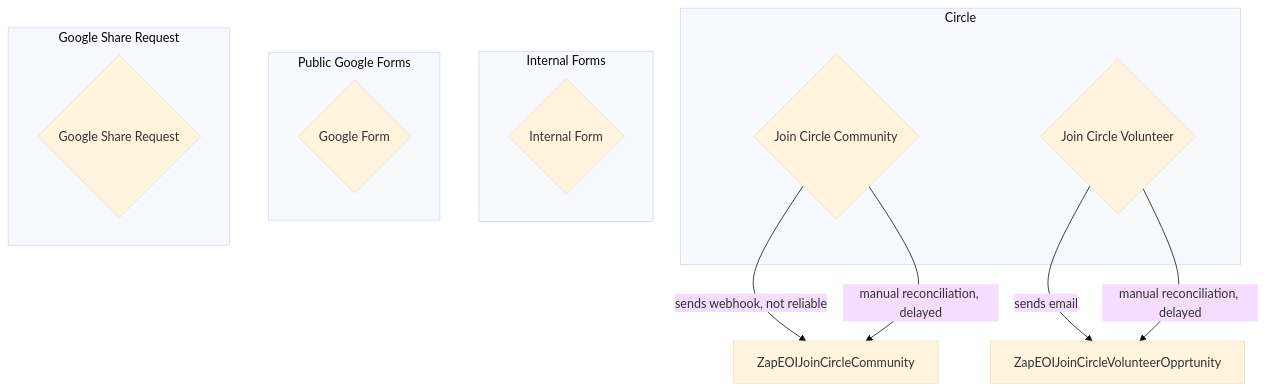
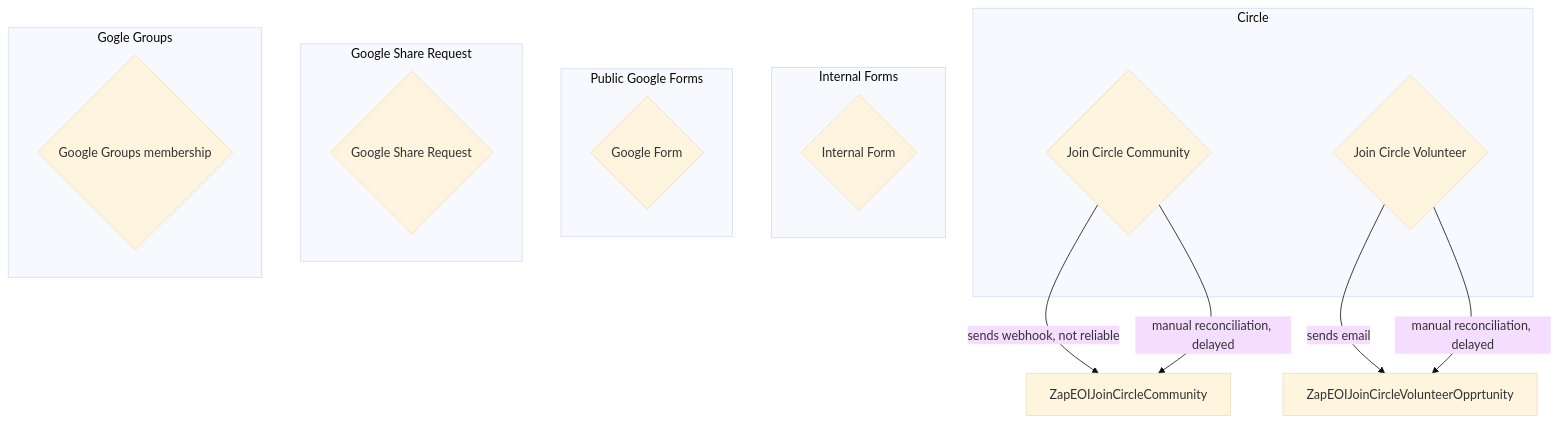
One commit to CloudSecurityAlliance/CSA-IT-Operations changed the diagram in projects/WG-automation/WG-automation-3.md. Above: the diagram before and after it, drawn with Mermaid (base theme).

````diff
--- a/projects/WG-automation/WG-automation-3.md
+++ b/projects/WG-automation/WG-automation-3.md
@@ -1,43 +1,47 @@
 ```mermaid
 graph TD;
 
 %% CIRCLE SIDE
 %% Verified email, user initiates action
 subgraph Circle
 joinCircleCommunity{Join Circle Community}
 joinCircleVolunteer{Join Circle Volunteer}
 end
 
 joinCircleCommunity-->|sends webhook, not reliable|ZapEOIJoinCircleCommunity
 joinCircleCommunity-->|manual reconciliation, delayed|ZapEOIJoinCircleCommunity
 %% POST api/v2.0/Communities/GetCommunityMembers
 
 joinCircleVolunteer-->|sends email|ZapEOIJoinCircleVolunteerOpprtunity
 joinCircleVolunteer-->|manual reconciliation, delayed|ZapEOIJoinCircleVolunteerOpprtunity
 %% GET api/v2.0/Volunteer/GetVolunteerList?volunteerOpportunityKey={volunteerOpportunityKey}
 
 
 %% Internal Forms
 %% Internal form, assumes EOI given
 subgraph Internal Forms
 FillOutInternalForm{Internal Form}
 end
 
 
 
 %% Public Google Forms
 %% Rerquire valid google account email, so that ensures sharing will work
 subgraph Public Google Forms
 FillOutGoogleForm{Google Form}
 end
 
 %% Google Share Request
 %% Rerquire valid google account email, so that ensures sharing will work
 %% This could be automated to add tem, or reply with signup links
 subgraph Google Share Request
 GoogleShareRequest{Google Share Request}
 end
 
-
+%% Google Groups
+%% Do we allow arbitrary signup? no... existing users however.
+subgraph Gogle Groups
+GoogleGroups{Google Groups membership}
+end
 
 ```
````
